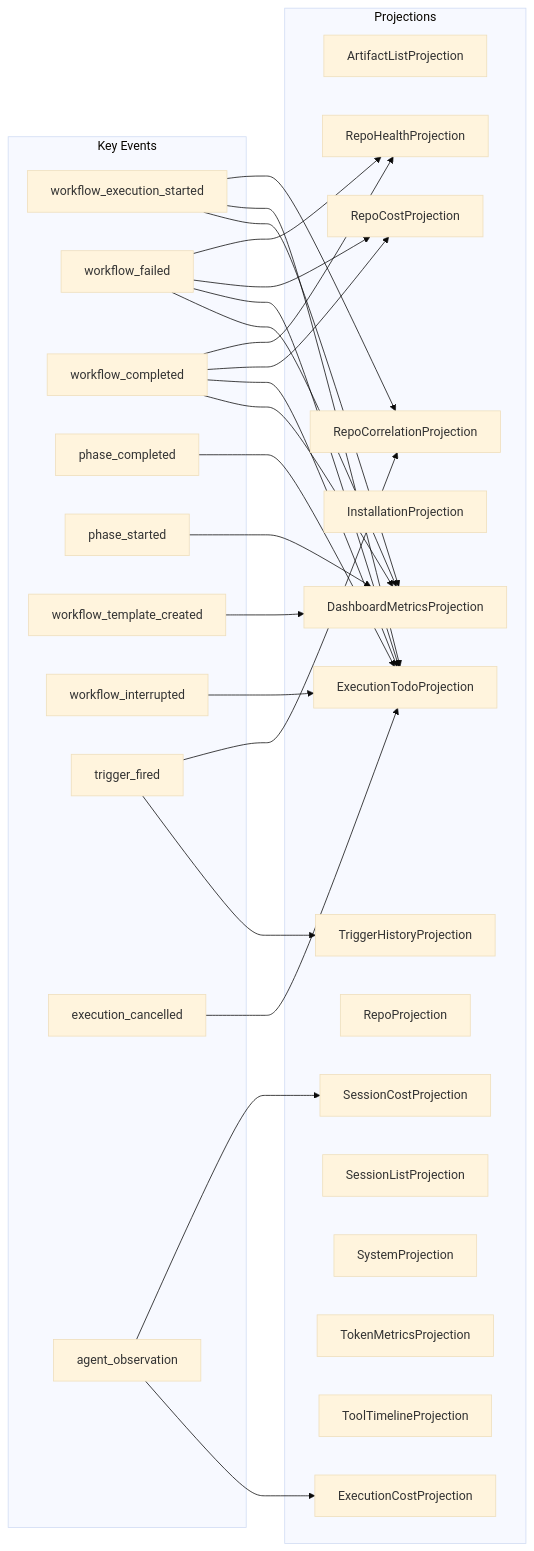
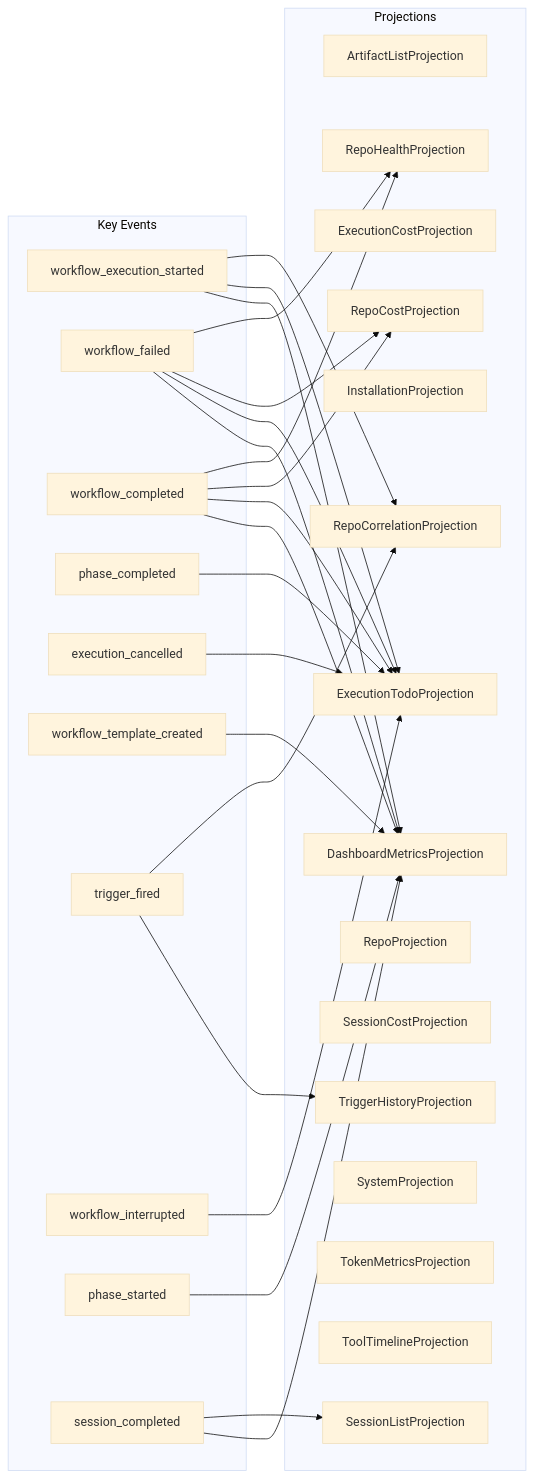
Before and after one commit to syntropic137/syntropic137: the diagram in docs/architecture/projection-subscriptions.md, drawn with Mermaid (base theme). The commit also changed other lines of this file and 96 other files, not shown here.

````diff
--- a/docs/architecture/projection-subscriptions.md
+++ b/docs/architecture/projection-subscriptions.md
@@ -15,54 +15,54 @@
 ```mermaid
 graph LR
     subgraph events["Key Events"]
         e1[workflow_execution_started]
         e2[workflow_failed]
         e3[workflow_completed]
         e4[phase_completed]
-        e5[phase_started]
+        e5[execution_cancelled]
         e6[workflow_template_created]
-        e7[workflow_interrupted]
-        e8[trigger_fired]
-        e9[execution_cancelled]
-        e10[agent_observation]
+        e7[trigger_fired]
+        e8[workflow_interrupted]
+        e9[phase_started]
+        e10[session_completed]
     end
 
     subgraph projections["Projections"]
         p1[ArtifactListProjection]
         p2[DashboardMetricsProjection]
         p3[ExecutionCostProjection]
         p4[ExecutionTodoProjection]
         p5[InstallationProjection]
         p6[RepoCorrelationProjection]
         p7[RepoCostProjection]
         p8[RepoHealthProjection]
         p9[RepoProjection]
         p10[SessionCostProjection]
         p11[SessionListProjection]
         p12[SystemProjection]
         p13[TokenMetricsProjection]
         p14[ToolTimelineProjection]
         p15[TriggerHistoryProjection]
     end
 
-    e5 --> p2
+    e10 --> p11
+    e10 --> p2
     e2 --> p8
     e2 --> p7
     e2 --> p4
     e2 --> p2
+    e5 --> p4
     e6 --> p2
-    e10 --> p10
-    e10 --> p3
-    e7 --> p4
-    e8 --> p6
-    e8 --> p15
+    e7 --> p6
+    e7 --> p15
+    e8 --> p4
     e1 --> p6
     e1 --> p4
     e1 --> p2
-    e4 --> p4
     e3 --> p8
     e3 --> p7
     e3 --> p4
     e3 --> p2
-    e9 --> p4
+    e9 --> p2
+    e4 --> p4
 ```
````
